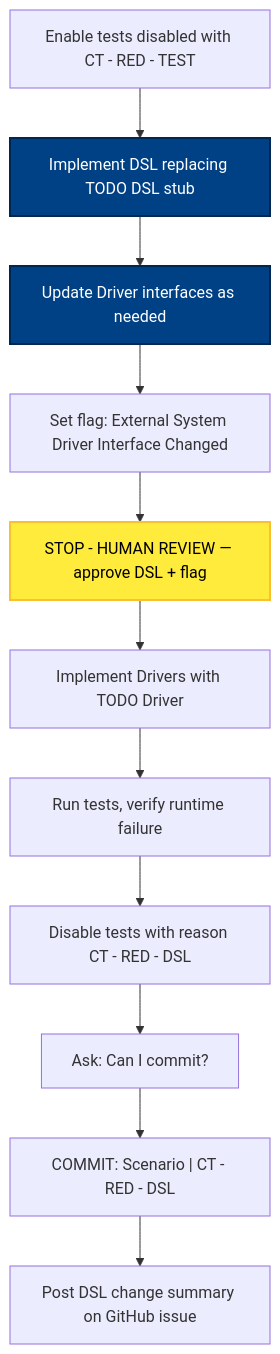
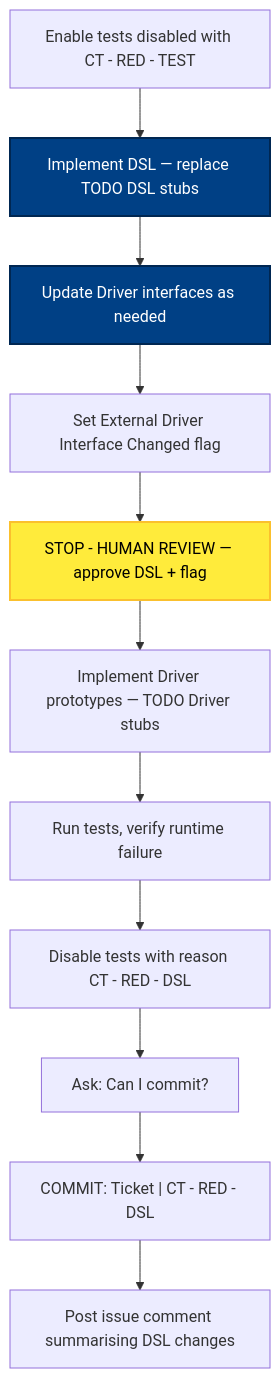
One commit to optivem/starter changed the sixth of 8 diagrams in docs/atdd/process/diagram-phase-details.md. Above: the diagram before and after it, drawn with Mermaid. The commit also changed other lines of this file and 2 other files, not shown here.

````diff
--- a/docs/atdd/process/diagram-phase-details.md
+++ b/docs/atdd/process/diagram-phase-details.md
@@ -195,30 +188,30 @@
 ```mermaid
 flowchart TD
-    ENABLE["Enable tests disabled with CT - RED - TEST"]
-    IMPL_DSL[Implement DSL replacing TODO DSL stub]
+    ENABLE[Enable tests disabled with CT - RED - TEST]
+    IMPL_DSL[Implement DSL — replace TODO DSL stubs]
     UPDATE_DRIVER_IFACE[Update Driver interfaces as needed]
-    SET_FLAG[Set flag: External System Driver Interface Changed]
-    STOP_WRITE["STOP - HUMAN REVIEW — approve DSL + flag"]
-    IMPL_DRIVERS_PROTOTYPE[Implement Drivers with TODO Driver]
+    SET_FLAG[Set External Driver Interface Changed flag]
+    STOP_WRITE[STOP - HUMAN REVIEW — approve DSL + flag]
+    IMPL_DRIVERS_PROTOTYPE[Implement Driver prototypes — TODO Driver stubs]
     RUN[Run tests, verify runtime failure]
-    DISABLE["Disable tests with reason CT - RED - DSL"]
+    DISABLE[Disable tests with reason CT - RED - DSL]
     ASK_COMMIT["Ask: Can I commit?"]
-    COMMIT["COMMIT: Scenario | CT - RED - DSL"]
-    POST_COMMENT[Post DSL change summary on GitHub issue]
+    COMMIT["COMMIT: Ticket | CT - RED - DSL"]
+    POST_COMMENT[Post issue comment summarising DSL changes]
 
     ENABLE --> IMPL_DSL
     IMPL_DSL --> UPDATE_DRIVER_IFACE
     UPDATE_DRIVER_IFACE --> SET_FLAG
     SET_FLAG --> STOP_WRITE
     STOP_WRITE --> IMPL_DRIVERS_PROTOTYPE
     IMPL_DRIVERS_PROTOTYPE --> RUN
     RUN --> DISABLE
     DISABLE --> ASK_COMMIT
     ASK_COMMIT --> COMMIT
     COMMIT --> POST_COMMENT
 
     classDef effortNode fill:#004085,stroke:#002752,stroke-width:2px,color:#ffffff
     class IMPL_DSL,UPDATE_DRIVER_IFACE effortNode
     classDef humanReviewNode fill:#ffeb3b,stroke:#fbc02d,stroke-width:2px,color:#000
     class STOP_WRITE humanReviewNode
 ```
````
